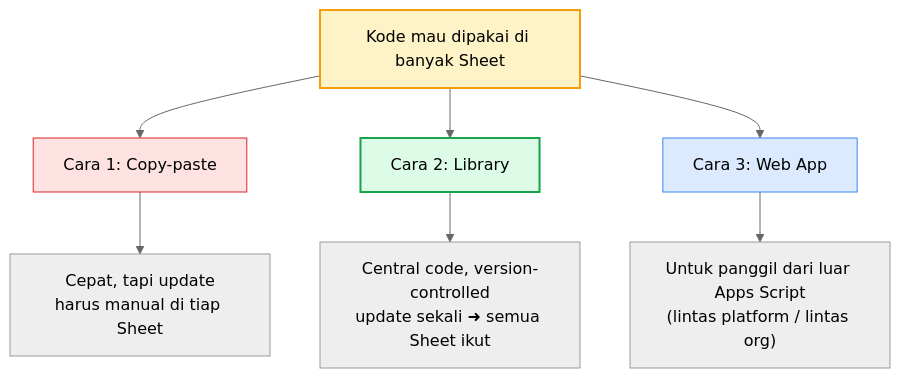
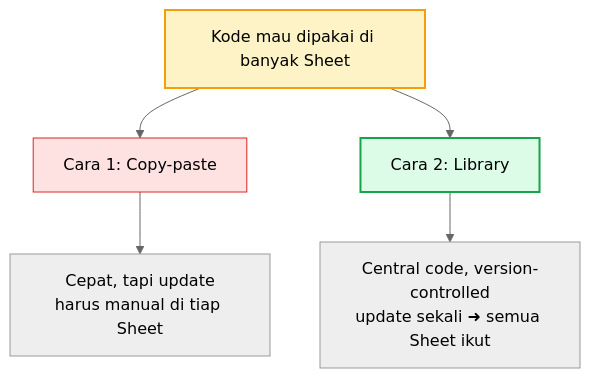
Before and after one commit to githubna-ilham/google-script: the fourth of 7 diagrams in Modul-3-Google-Sheets-Automation/materi.md, drawn with Mermaid (neutral theme). The commit also changed other lines of this file, not shown here.

First line of the commit message:
Remove Web App option from M3 §8 (defer to Modul 7)

````diff
--- a/Modul-3-Google-Sheets-Automation/materi.md
+++ b/Modul-3-Google-Sheets-Automation/materi.md
@@ -397,16 +397,13 @@
 ```mermaid
 flowchart TD
     Q["Kode mau dipakai di banyak Sheet"]:::q
     Q --> A["Cara 1: Copy-paste"]:::a
     Q --> B["Cara 2: Library"]:::b
-    Q --> C["Cara 3: Web App"]:::c
 
     A --> A1["Cepat, tapi update<br/>harus manual di tiap Sheet"]
     B --> B1["Central code, version-controlled<br/>update sekali ➜ semua Sheet ikut"]
-    C --> C1["Untuk panggil dari luar Apps Script<br/>(lintas platform / lintas org)"]
 
     classDef q fill:#fef3c7,stroke:#f59e0b,stroke-width:2px
     classDef a fill:#fee2e2,stroke:#dc2626
     classDef b fill:#dcfce7,stroke:#16a34a,stroke-width:2px
-    classDef c fill:#dbeafe,stroke:#3b82f6
 ```
````
